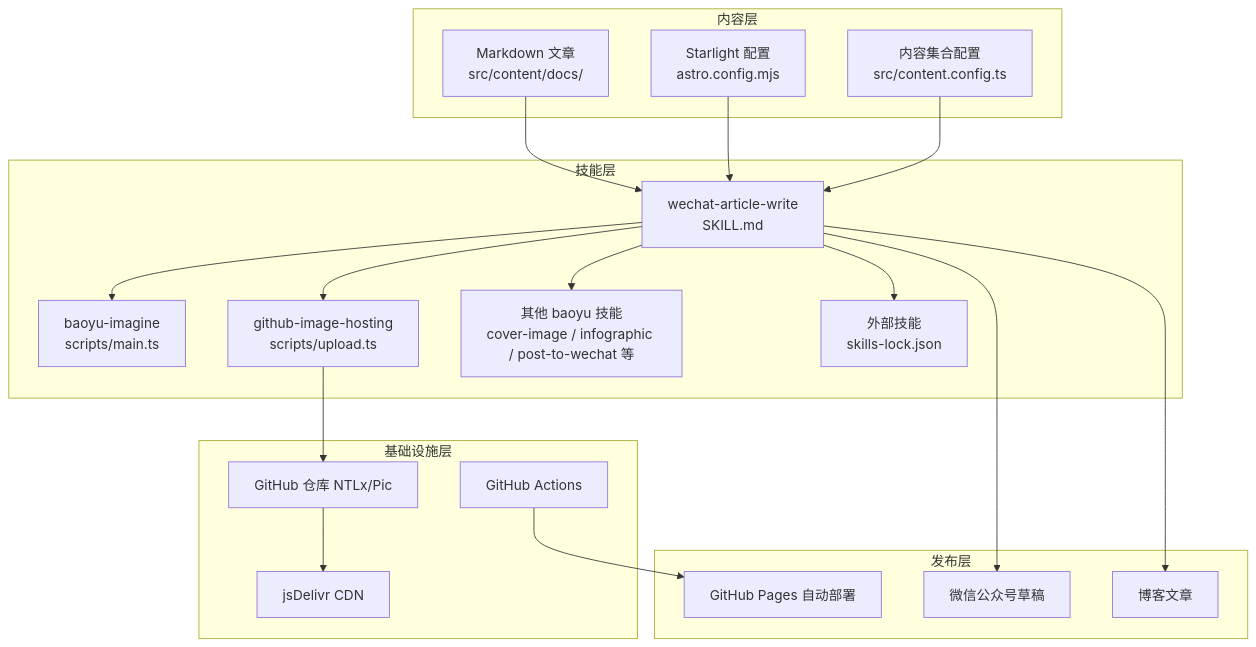
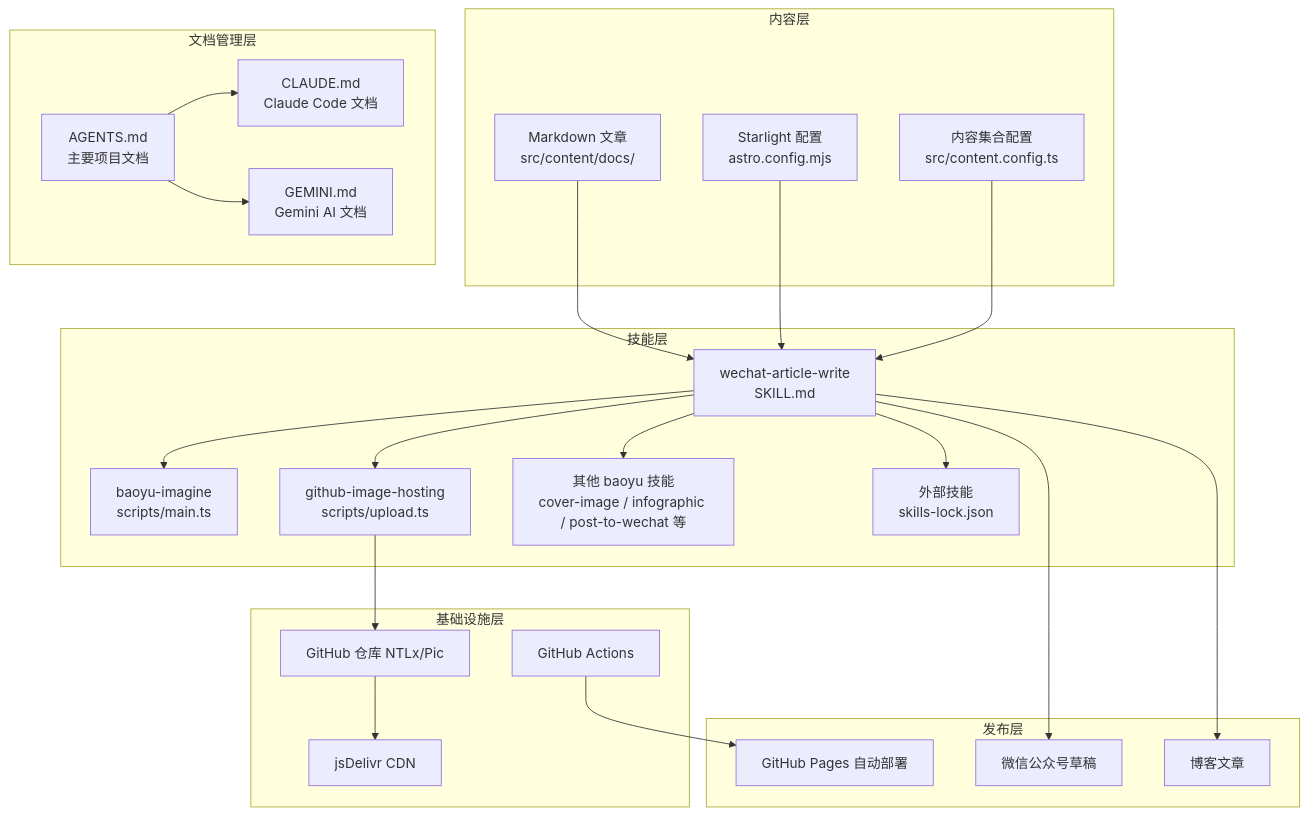
The second of 7 diagrams in .qoder/repowiki/zh/content/项目概述.md (NTLx/ntlx.github.io), drawn with Mermaid before and after one commit. The commit also changed other lines of this file and 7 other files, not shown here.

````diff
--- a/.qoder/repowiki/zh/content/项目概述.md
+++ b/.qoder/repowiki/zh/content/项目概述.md
@@ -122,37 +152,44 @@
 ```mermaid
 graph TB
 subgraph "内容层"
 C1["Markdown 文章<br/>src/content/docs/"]
 C2["Starlight 配置<br/>astro.config.mjs"]
 C3["内容集合配置<br/>src/content.config.ts"]
 end
 subgraph "技能层"
 S1["wechat-article-write<br/>SKILL.md"]
 S2["baoyu-imagine<br/>scripts/main.ts"]
 S3["github-image-hosting<br/>scripts/upload.ts"]
 S4["其他 baoyu 技能<br/>cover-image / infographic / post-to-wechat 等"]
 S5["外部技能<br/>skills-lock.json"]
 end
 subgraph "发布层"
 P1["GitHub Pages 自动部署"]
 P2["微信公众号草稿"]
 P3["博客文章"]
 end
 subgraph "基础设施层"
 I1["GitHub Actions"]
 I2["jsDelivr CDN"]
 I3["GitHub 仓库 NTLx/Pic"]
 end
+subgraph "文档管理层"
+D1["AGENTS.md<br/>主要项目文档"]
+D2["CLAUDE.md<br/>Claude Code 文档"]
+D3["GEMINI.md<br/>Gemini AI 文档"]
+end
 C1 --> S1
 C2 --> S1
 C3 --> S1
 S1 --> S2
 S1 --> S3
 S1 --> S4
 S1 --> S5
 S3 --> I3
 I3 --> I2
 S1 --> P2
 S1 --> P3
 I1 --> P1
+D1 --> D2
+D1 --> D3
 ```
````
